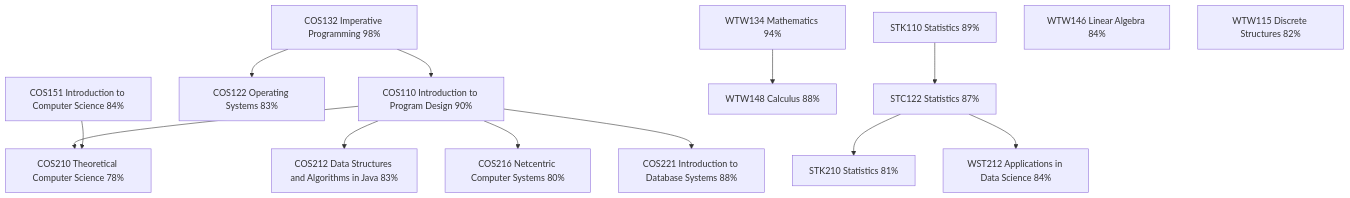
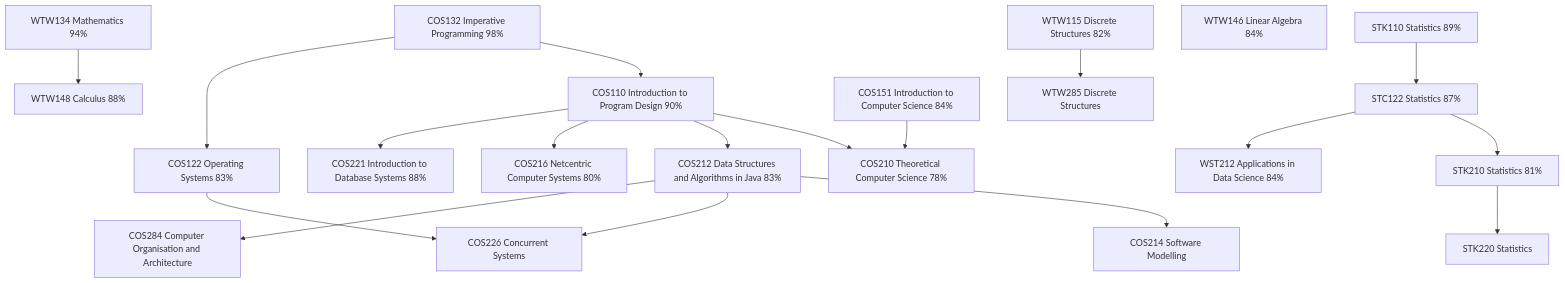
The diagram in README.md (FJNel/FJNel), drawn with Mermaid before and after one commit.

Commit message:
Update course mappings in README.md

````diff
--- a/README.md
+++ b/README.md
@@ -11,16 +11,29 @@
 ```mermaid
 graph TD
     COS132["COS132 Imperative Programming 98%"] --> COS110["COS110 Introduction to Program Design 90%"]
     COS132 --> COS122["COS122 Operating Systems 83%"]
     STK110["STK110 Statistics 89%"] --> STC122["STC122 Statistics 87%"]
     WTW134["WTW134 Mathematics 94%"] --> WTW148["WTW148 Calculus 88%"]
     WTW146["WTW146 Linear Algebra 84%"]
     WTW115["WTW115 Discrete Structures 82%"]
-    COS110 --> COS210["COS210 Theoretical Computer Science 78%"]
-    COS151["COS151 Introduction to Computer Science 84%"] --> COS210
+    COS151["COS151 Introduction to Computer Science 84%"] --> COS210["COS210 Theoretical Computer Science 78%"]
+    COS110 --> COS210
     COS110 --> COS212["COS212 Data Structures and Algorithms in Java 83%"]
     COS110 --> COS216["COS216 Netcentric Computer Systems 80%"]
     COS110 --> COS221["COS221 Introduction to Database Systems 88%"]
     STC122 --> STK210["STK210 Statistics 81%"]
     STC122 --> WST212["WST212 Applications in Data Science 84%"]
+
+    COS214["COS214 Software Modelling"]
+    COS226["COS226 Concurrent Systems"]
+    COS284["COS284 Computer Organisation and Architecture"]
+    STK220["STK220 Statistics"]
+    WTW285["WTW285 Discrete Structures"]
+
+    COS212 --> COS214
+    COS122 --> COS226
+    COS212 --> COS226
+    COS212 --> COS284
+    WTW115 --> WTW285
+    STK210 --> STK220
 ```
````
